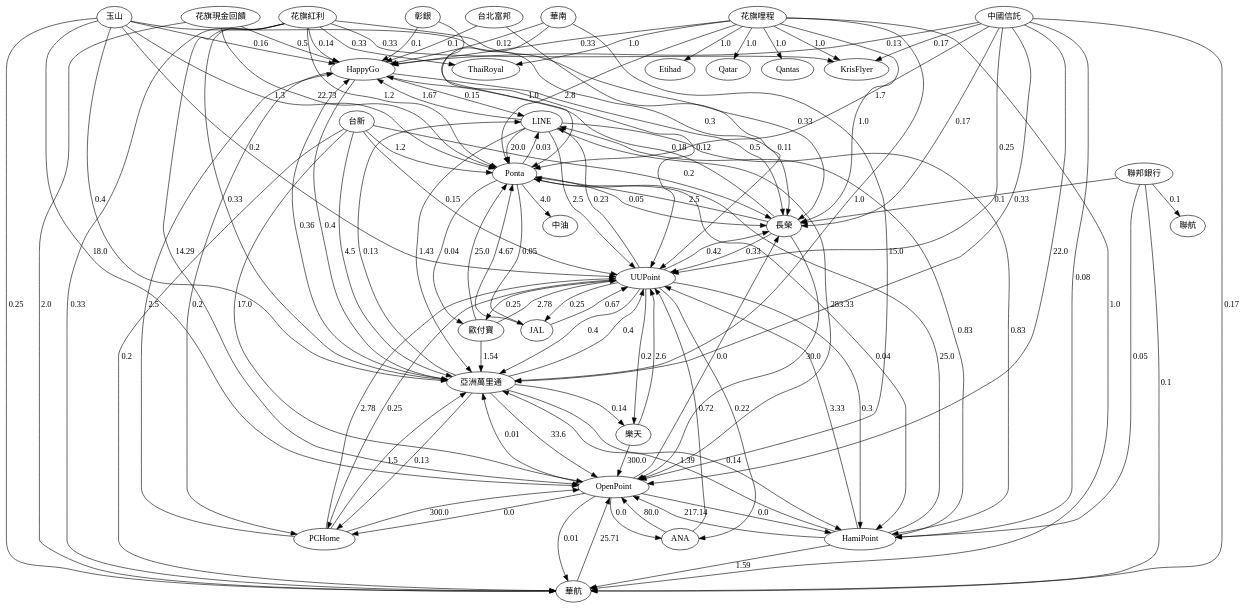
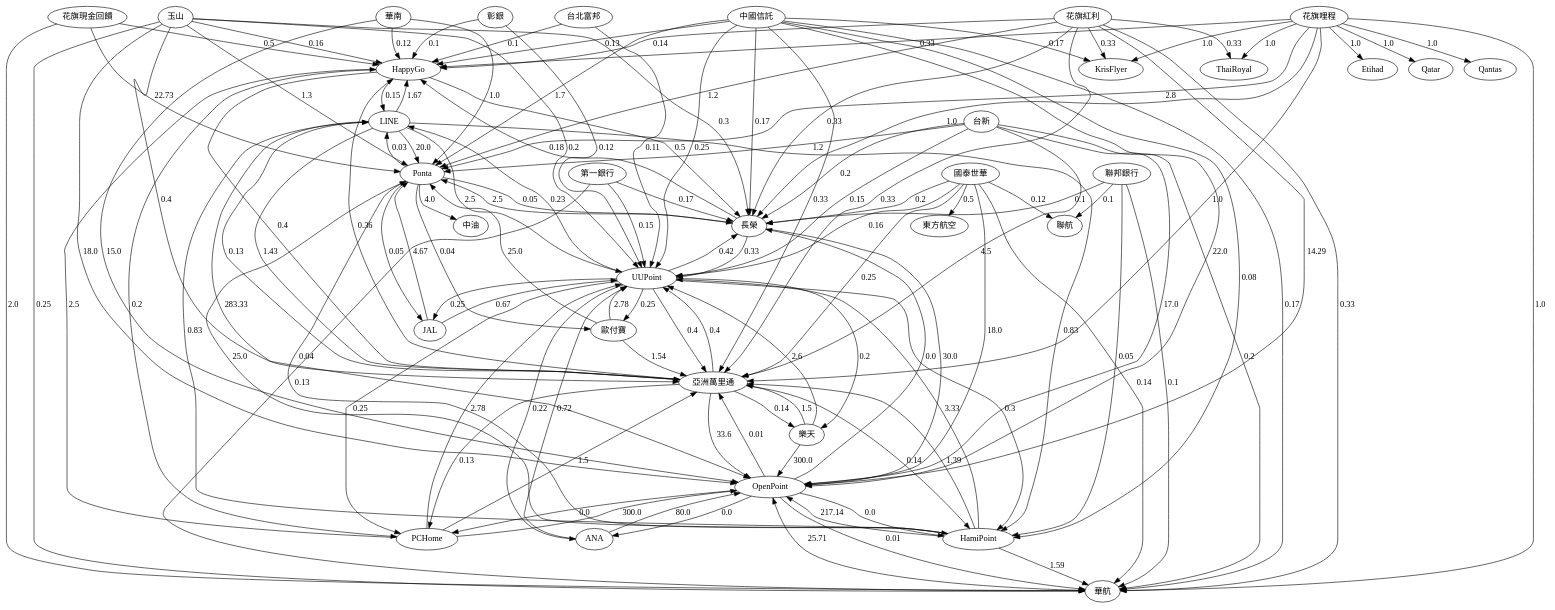
The diagram in pic.dot (shooding/twpoints), drawn with Graphviz before and after one commit. The commit also changed 3 other files, not shown here.

```diff
--- a/pic.dot
+++ b/pic.dot
@@ -1,117 +1,128 @@
 digraph G {HappyGo->LINE [label="0.15"]
 HappyGo->亞洲萬里通 [label="0.4"]
 HappyGo->長榮 [label="0.5"]
 HappyGo->PCHome [label="0.2"]
 OpenPoint->HamiPoint [label="0.0"]
 OpenPoint->PCHome [label="0.0"]
 OpenPoint->亞洲萬里通 [label="0.01"]
 OpenPoint->華航 [label="0.01"]
 OpenPoint->ANA [label="0.0"]
 OpenPoint->長榮 [label="0.0"]
 華航->OpenPoint [label="25.71"]
 ANA->OpenPoint [label="80.0"]
 ANA->UUPoint [label="0.72"]
 JAL->UUPoint [label="0.67"]
 JAL->Ponta [label="4.67"]
 長榮->OpenPoint [label="30.0"]
 UUPoint->亞洲萬里通 [label="0.4"]
 UUPoint->JAL [label="0.25"]
 UUPoint->ANA [label="0.22"]
 UUPoint->長榮 [label="0.42"]
 UUPoint->樂天 [label="0.2"]
 UUPoint->歐付寶 [label="0.25"]
 UUPoint->PCHome [label="0.25"]
 UUPoint->HamiPoint [label="0.3"]
 UUPoint->LINE [label="0.23"]
 Ponta->LINE [label="0.03"]
 Ponta->JAL [label="0.05"]
 Ponta->長榮 [label="0.05"]
 Ponta->歐付寶 [label="0.04"]
 Ponta->HamiPoint [label="0.04"]
 Ponta->中油 [label="4.0"]
 台新->Ponta [label="1.2"]
 台新->華航 [label="0.2"]
 台新->長榮 [label="0.2"]
 台新->亞洲萬里通 [label="4.5"]
 台新->UUPoint [label="0.15"]
 台新->OpenPoint [label="17.0"]
 玉山->Ponta [label="1.3"]
 玉山->UUPoint [label="0.2"]
 玉山->OpenPoint [label="18.0"]
 玉山->HappyGo [label="0.16"]
 玉山->華航 [label="0.25"]
 玉山->長榮 [label="0.3"]
 玉山->亞洲萬里通 [label="0.4"]
 花旗紅利->亞洲萬里通 [label="0.33"]
 花旗紅利->華航 [label="0.33"]
 花旗紅利->長榮 [label="0.33"]
 花旗紅利->KrisFlyer [label="0.33"]
 花旗紅利->ThaiRoyal [label="0.33"]
 花旗紅利->HappyGo [label="0.14"]
 花旗紅利->OpenPoint [label="14.29"]
 花旗紅利->Ponta [label="1.2"]
 花旗現金回饋->HappyGo [label="0.5"]
 花旗現金回饋->Ponta [label="22.73"]
 花旗現金回饋->華航 [label="2.0"]
 花旗哩程->HappyGo [label="0.33"]
 花旗哩程->Ponta [label="2.8"]
 花旗哩程->亞洲萬里通 [label="1.0"]
 花旗哩程->華航 [label="1.0"]
 花旗哩程->長榮 [label="1.0"]
 花旗哩程->KrisFlyer [label="1.0"]
 花旗哩程->ThaiRoyal [label="1.0"]
 花旗哩程->Etihad [label="1.0"]
 花旗哩程->Qatar [label="1.0"]
 花旗哩程->Qantas [label="1.0"]
 華南->Ponta [label="1.0"]
 華南->HappyGo [label="0.12"]
 華南->OpenPoint [label="15.0"]
 歐付寶->亞洲萬里通 [label="1.54"]
 歐付寶->UUPoint [label="2.78"]
 歐付寶->Ponta [label="25.0"]
 HamiPoint->UUPoint [label="3.33"]
 HamiPoint->Ponta [label="25.0"]
 HamiPoint->LINE [label="0.83"]
 HamiPoint->華航 [label="1.59"]
 HamiPoint->亞洲萬里通 [label="1.39"]
 HamiPoint->OpenPoint [label="217.14"]
 樂天->OpenPoint [label="300.0"]
 樂天->UUPoint [label="2.6"]
+樂天->亞洲萬里通 [label="1.5"]
 亞洲萬里通->HamiPoint [label="0.14"]
 亞洲萬里通->LINE [label="0.13"]
 亞洲萬里通->PCHome [label="0.13"]
 亞洲萬里通->樂天 [label="0.14"]
 亞洲萬里通->OpenPoint [label="33.6"]
 亞洲萬里通->UUPoint [label="0.4"]
 亞洲萬里通->HappyGo [label="0.36"]
 聯邦銀行->HamiPoint [label="0.05"]
 聯邦銀行->長榮 [label="0.1"]
 聯邦銀行->華航 [label="0.1"]
 聯邦銀行->聯航 [label="0.1"]
 中國信託->HamiPoint [label="0.08"]
 中國信託->長榮 [label="0.17"]
 中國信託->華航 [label="0.17"]
 中國信託->亞洲萬里通 [label="0.33"]
 中國信託->KrisFlyer [label="0.17"]
 中國信託->Ponta [label="1.7"]
 中國信託->UUPoint [label="0.25"]
 中國信託->OpenPoint [label="22.0"]
 中國信託->HappyGo [label="0.13"]
 LINE->HamiPoint [label="0.83"]
 LINE->HappyGo [label="1.67"]
 LINE->OpenPoint [label="283.33"]
 LINE->Ponta [label="20.0"]
 LINE->UUPoint [label="2.5"]
 LINE->亞洲萬里通 [label="1.43"]
 PCHome->HappyGo [label="2.5"]
 PCHome->亞洲萬里通 [label="1.5"]
 PCHome->OpenPoint [label="300.0"]
 PCHome->UUPoint [label="2.78"]
 長榮->HappyGo [label="0.18"]
 長榮->UUPoint [label="0.33"]
 長榮->Ponta [label="2.5"]
 彰銀->HappyGo [label="0.1"]
 彰銀->UUPoint [label="0.12"]
 台北富邦->HappyGo [label="0.1"]
 台北富邦->UUPoint [label="0.11"]
+第一銀行->UUPoint [label="0.15"]
+第一銀行->華航 [label="0.13"]
+第一銀行->長榮 [label="0.17"]
+國泰世華->OpenPoint [label="18.0"]
+國泰世華->UUPoint [label="0.16"]
+國泰世華->華航 [label="0.14"]
+國泰世華->長榮 [label="0.2"]
+國泰世華->亞洲萬里通 [label="0.25"]
+國泰世華->東方航空 [label="0.5"]
+國泰世華->聯航 [label="0.12"]
 }
```
